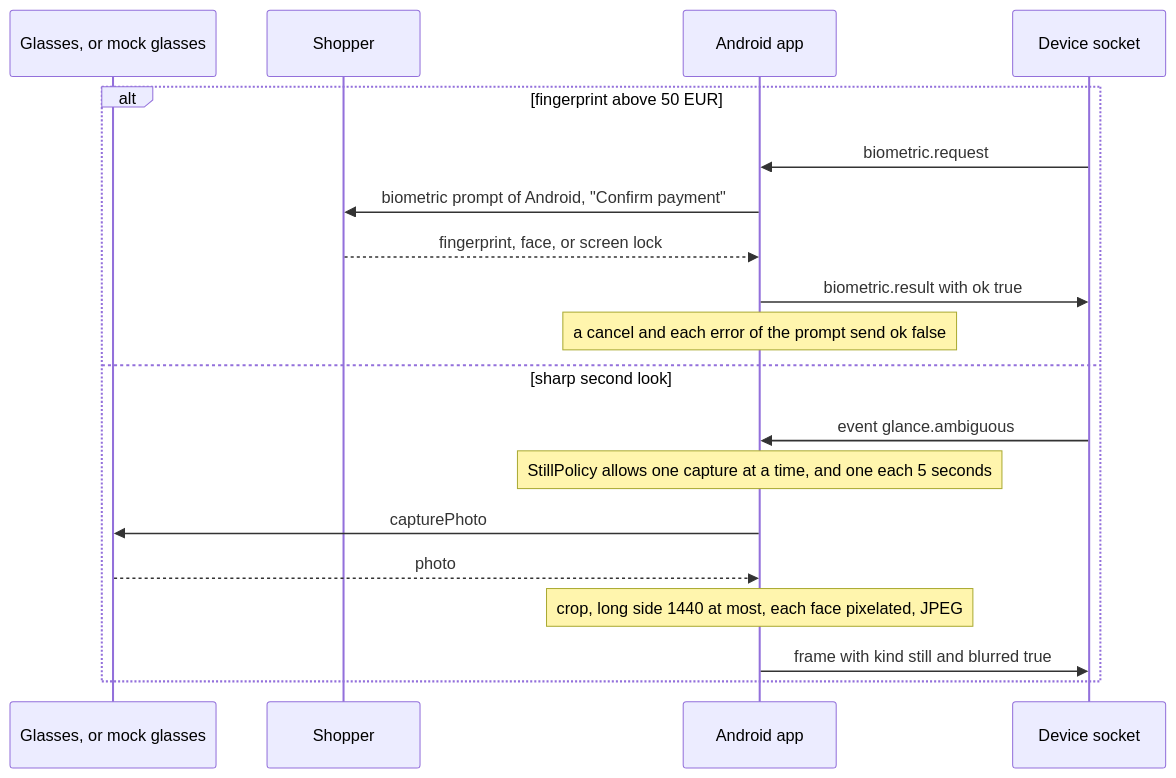
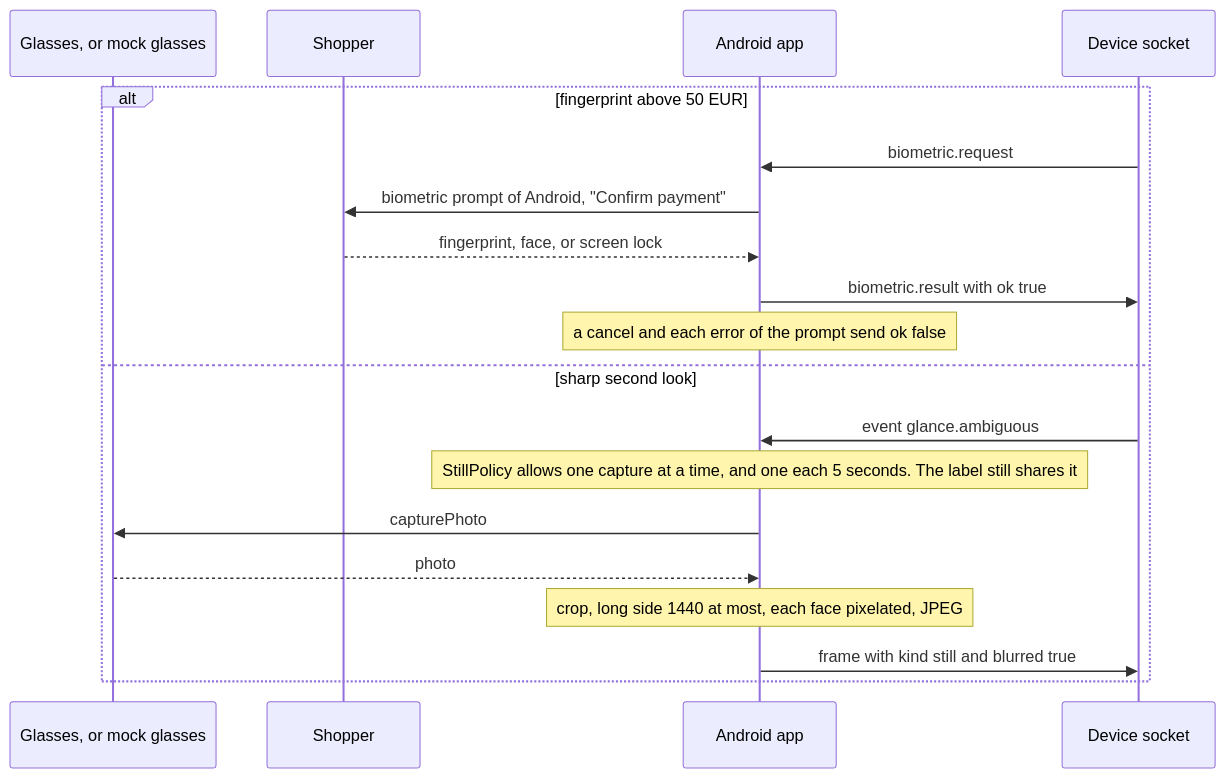
One commit to mrBymax/glance changed the ninth of 11 diagrams in docs/architecture.md. Above: the diagram before and after it, drawn with Mermaid. The commit also changed other lines of this file and 2 other files, not shown here.

First line of the commit message:
docs: describe the merged barcode scan in the architecture and the root README

````diff
--- a/docs/architecture.md
+++ b/docs/architecture.md
@@ -383,21 +402,21 @@
 ```mermaid
 sequenceDiagram
   participant Glasses as Glasses, or mock glasses
   participant Shopper
   participant App as Android app
   participant Socket as Device socket
   alt fingerprint above 50 EUR
     Socket->>App: biometric.request
     App->>Shopper: biometric prompt of Android, "Confirm payment"
     Shopper-->>App: fingerprint, face, or screen lock
     App->>Socket: biometric.result with ok true
     Note over App: a cancel and each error of the prompt send ok false
   else sharp second look
     Socket->>App: event glance.ambiguous
-    Note over App: StillPolicy allows one capture at a time, and one each 5 seconds
+    Note over App: StillPolicy allows one capture at a time, and one each 5 seconds. The label still shares it
     App->>Glasses: capturePhoto
     Glasses-->>App: photo
     Note over App: crop, long side 1440 at most, each face pixelated, JPEG
     App->>Socket: frame with kind still and blurred true
   end
 ```
````
